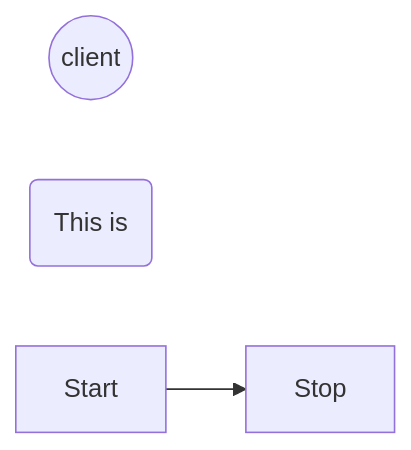
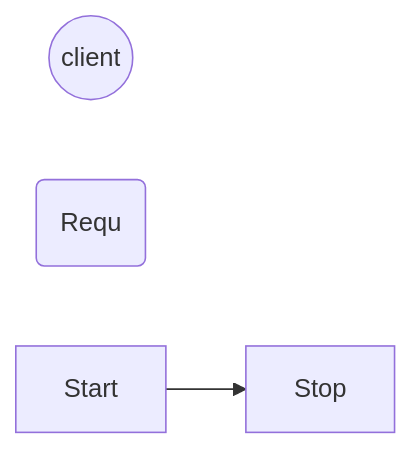
Before and after one commit to googlelxhgithub/iodraw-files: the diagram in all/未命名-7.md, drawn with Mermaid.

Commit message:
2024-08-30 19:00:29 update

````diff
--- a/all/未命名-7.md
+++ b/all/未命名-7.md
@@ -1,7 +1,7 @@
 ```mermaid
 flowchart LR
     C((client))
-    R(This is )
+    R(Requ)
     Start --> Stop
   
 ```
````
